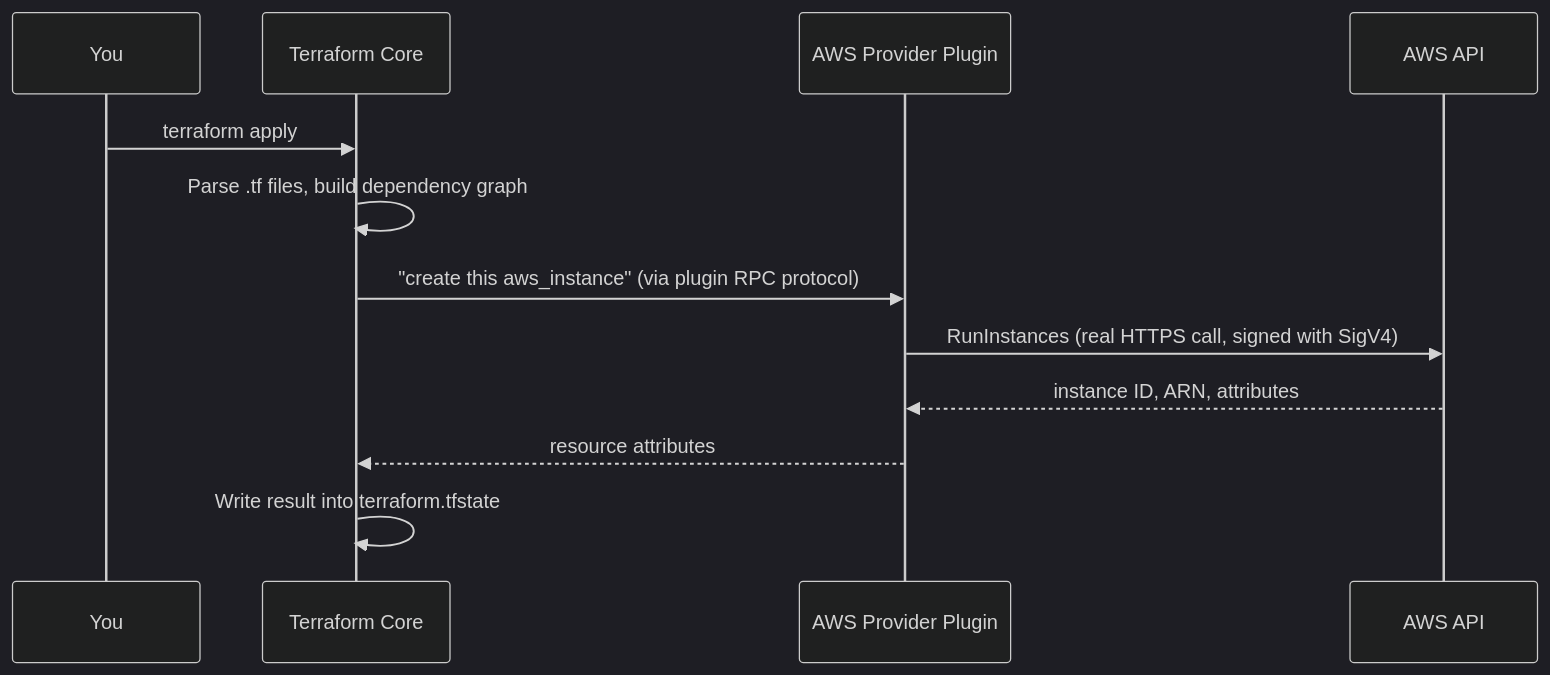
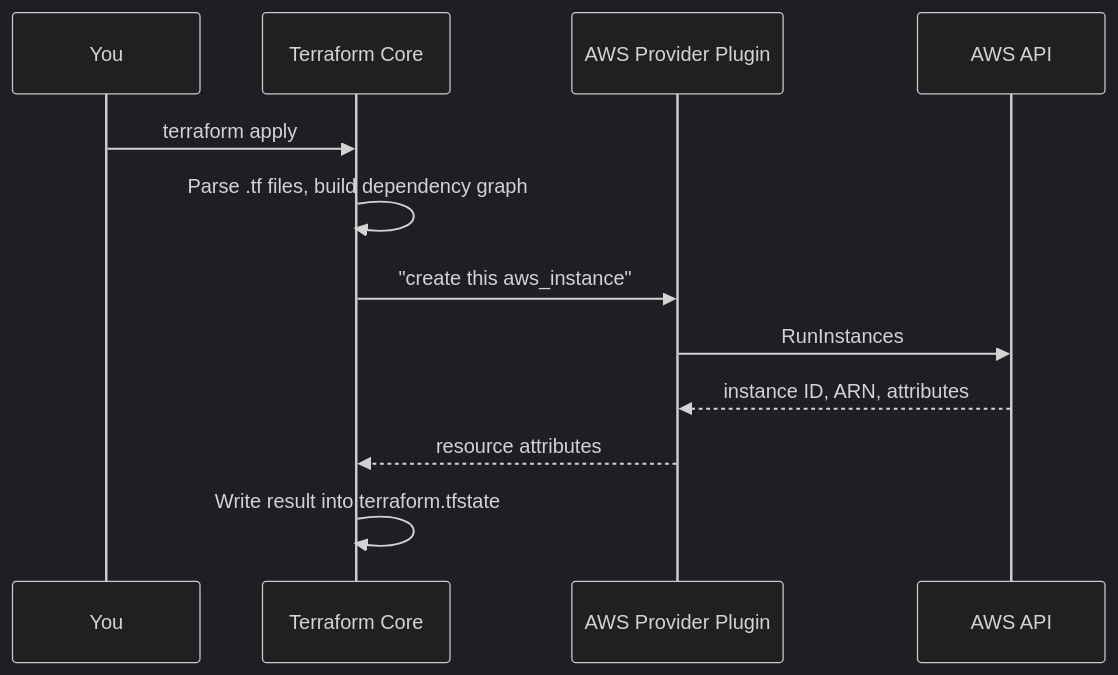
Before and after one commit to msdeepak052/Terraform_Concepts: the first of 4 diagrams in notes/02-domain2-terraform-fundamentals.md, drawn with Mermaid (dark theme). The commit also changed other lines of this file, not shown here.

````diff
--- a/notes/02-domain2-terraform-fundamentals.md
+++ b/notes/02-domain2-terraform-fundamentals.md
@@ -13,15 +47,15 @@
 ```mermaid
 sequenceDiagram
     participant You
     participant Core as Terraform Core
     participant Plugin as AWS Provider Plugin
     participant API as AWS API
 
     You->>Core: terraform apply
     Core->>Core: Parse .tf files, build dependency graph
-    Core->>Plugin: "create this aws_instance" (via plugin RPC protocol)
-    Plugin->>API: RunInstances (real HTTPS call, signed with SigV4)
+    Core->>Plugin: "create this aws_instance"
+    Plugin->>API: RunInstances
     API-->>Plugin: instance ID, ARN, attributes
     Plugin-->>Core: resource attributes
     Core->>Core: Write result into terraform.tfstate
 ```
````
